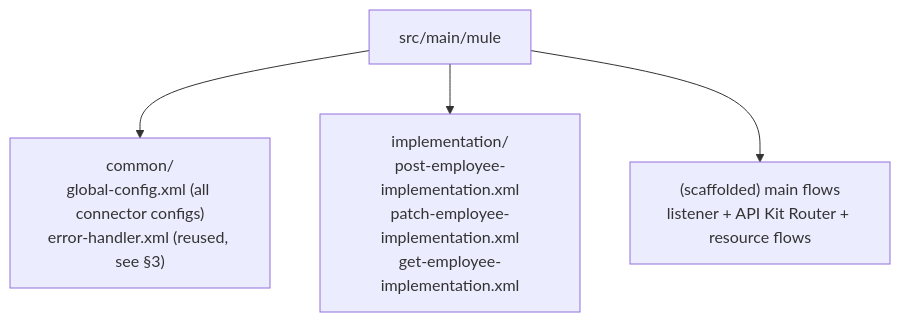
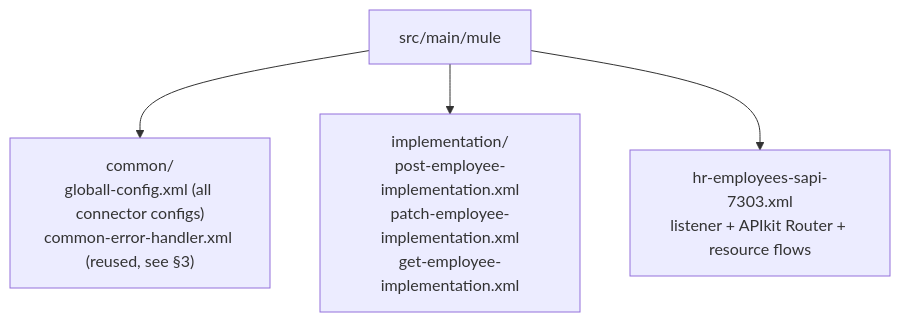
The first of 13 diagrams in detailed-notes/day27.md (developerashok99/green-c-mule-notes), drawn with Mermaid before and after one commit. The commit also changed other lines of this file and 1 other file, not shown here.

````diff
--- a/detailed-notes/day27.md
+++ b/detailed-notes/day27.md
@@ -9,6 +11,6 @@
 ```mermaid
 flowchart TB
-    Root["src/main/mule"] --> Common["common/<br/>global-config.xml (all connector configs)<br/>error-handler.xml (reused, see §3)"]
+    Root["src/main/mule"] --> Common["common/<br/>globall-config.xml (all connector configs)<br/>common-error-handler.xml (reused, see §3)"]
     Root --> Impl["implementation/<br/>post-employee-implementation.xml<br/>patch-employee-implementation.xml<br/>get-employee-implementation.xml"]
-    Root --> Scaffold["(scaffolded) main flows<br/>listener + API Kit Router + resource flows"]
+    Root --> Scaffold["hr-employees-sapi-7303.xml<br/>listener + APIkit Router + resource flows"]
 ```
````
